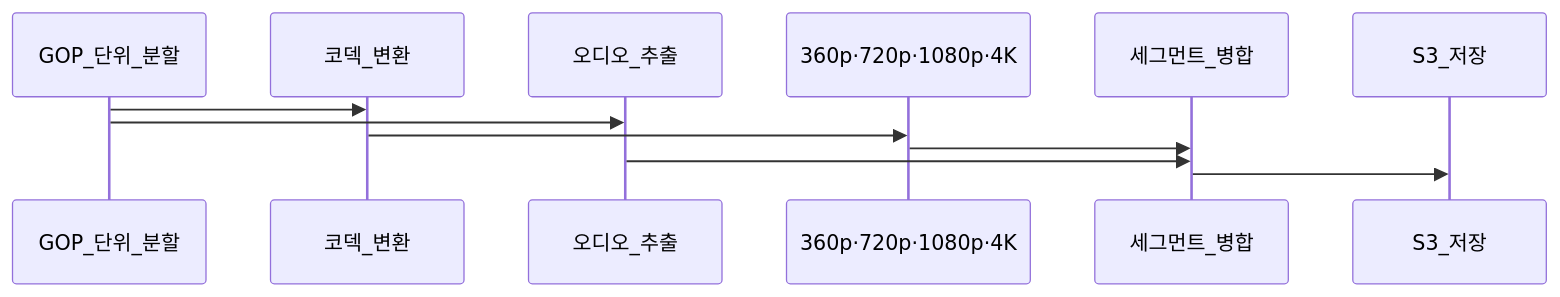
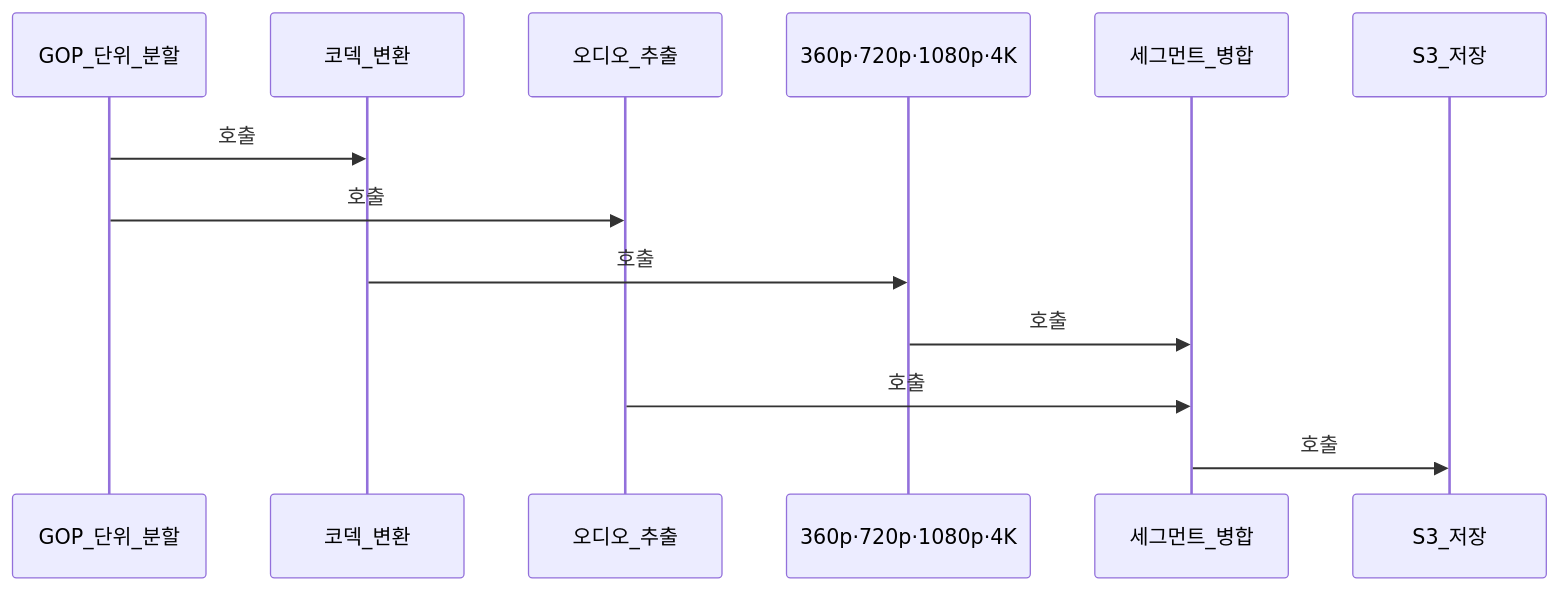
The fourth of 12 diagrams in _posts/systemdesign/2026-05-03-system-design-video-streaming.md (yjkim2015/yjkim2015.github.io), drawn with Mermaid before and after one commit. The commit also changed other lines of this file and 85 other files, not shown here.

First line of the commit message:
sequenceDiagram 문법 에러 2차 수정 169개 (86파일)

````diff
--- a/_posts/systemdesign/2026-05-03-system-design-video-streaming.md
+++ b/_posts/systemdesign/2026-05-03-system-design-video-streaming.md
@@ -282,9 +282,9 @@
 ```mermaid
 sequenceDiagram
-    GOP_단위_분할->>코덱_변환:
-    GOP_단위_분할->>오디오_추출:
-    코덱_변환->>360p·720p·1080p·4K:
-    360p·720p·1080p·4K->>세그먼트_병합:
-    오디오_추출->>세그먼트_병합:
-    세그먼트_병합->>S3_저장:
+    GOP_단위_분할->>코덱_변환: 호출
+    GOP_단위_분할->>오디오_추출: 호출
+    코덱_변환->>360p·720p·1080p·4K: 호출
+    360p·720p·1080p·4K->>세그먼트_병합: 호출
+    오디오_추출->>세그먼트_병합: 호출
+    세그먼트_병합->>S3_저장: 호출
 ```
````
